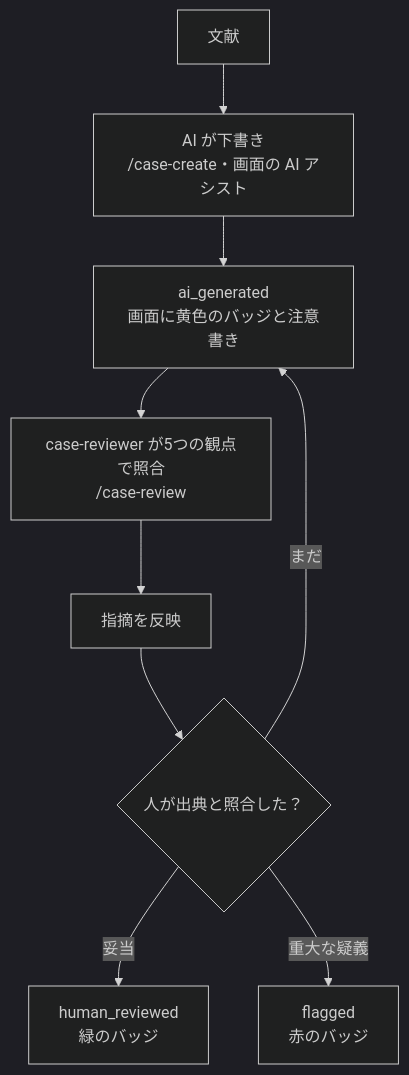
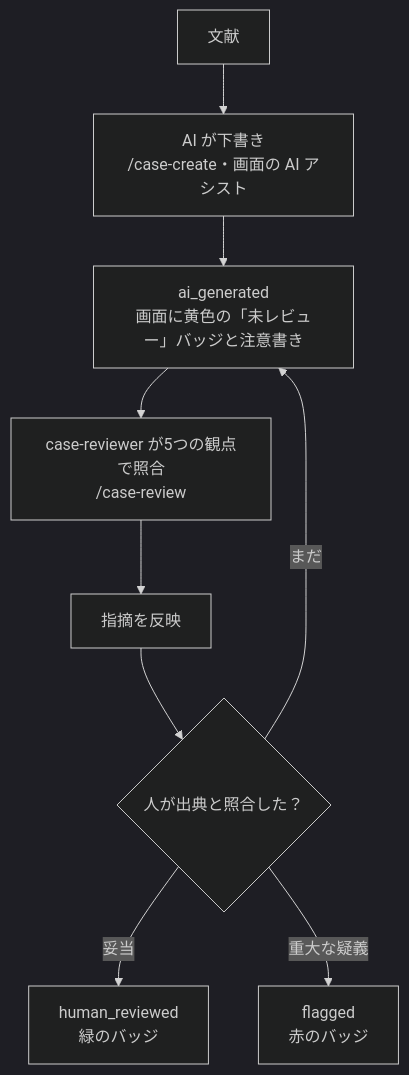
The diagram in docs/explanation/review-lifecycle.md (pwscup/pets-usecase-catalog), drawn with Mermaid (dark theme) before and after one commit. The commit also changed other lines of this file and 11 other files, not shown here.

````diff
--- a/docs/explanation/review-lifecycle.md
+++ b/docs/explanation/review-lifecycle.md
@@ -7,11 +7,11 @@
 ```mermaid
 flowchart TD
     A["文献"] --> B["AI が下書き<br>/case-create・画面の AI アシスト"]
-    B --> C["ai_generated<br>画面に黄色のバッジと注意書き"]
+    B --> C["ai_generated<br>画面に黄色の「未レビュー」バッジと注意書き"]
     C --> D["case-reviewer が5つの観点で照合<br>/case-review"]
     D --> E["指摘を反映"]
     E --> F{"人が出典と照合した？"}
     F -->|"まだ"| C
     F -->|"妥当"| G["human_reviewed<br>緑のバッジ"]
     F -->|"重大な疑義"| H["flagged<br>赤のバッジ"]
 ```
````
